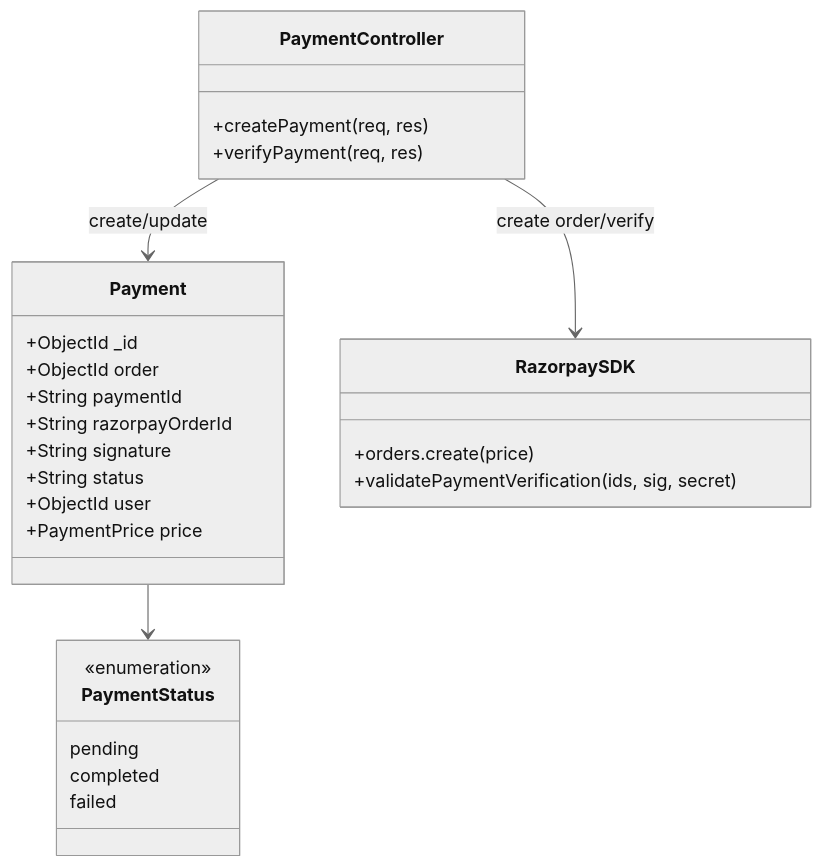
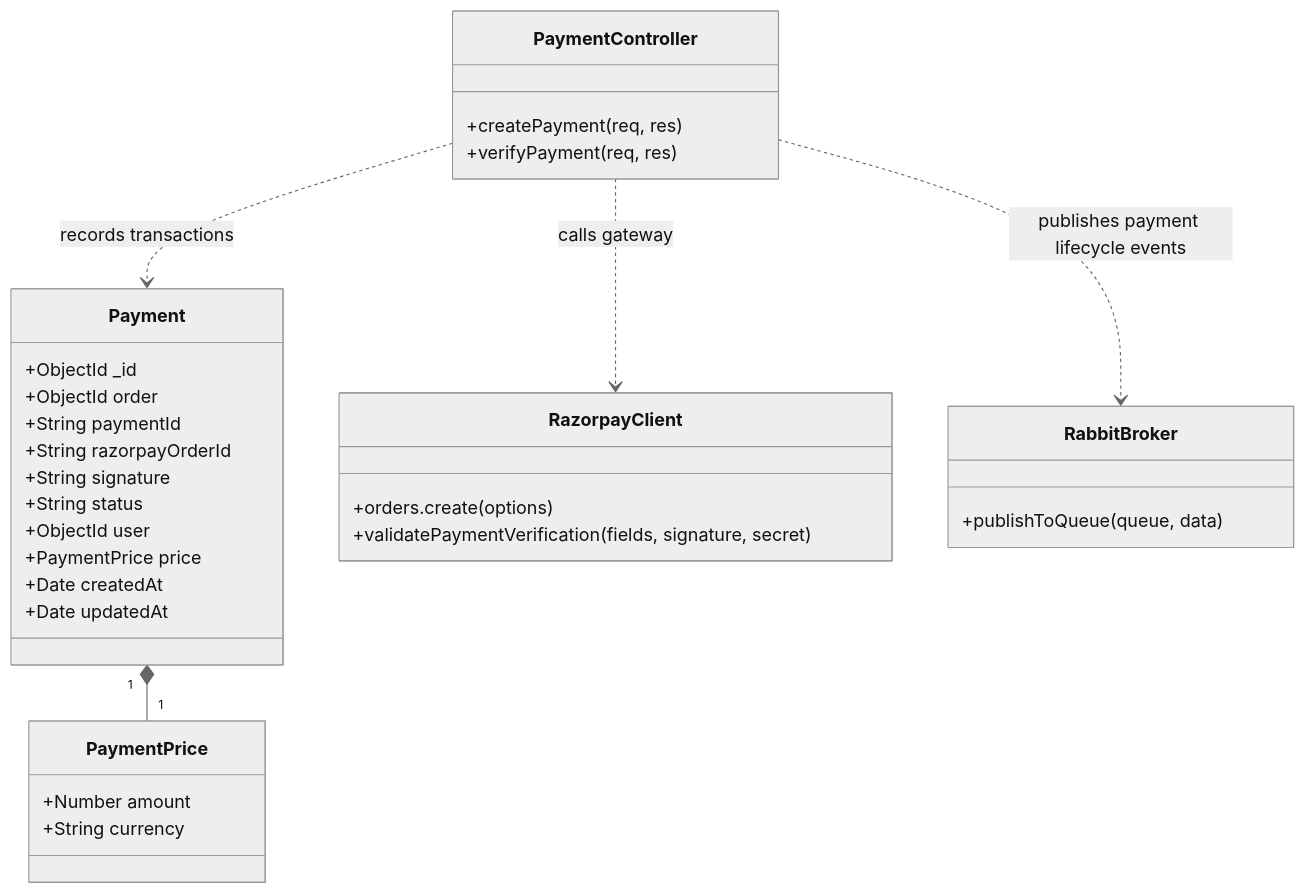
The tenth of 17 diagrams in README.md (itsam-13/Vendora), drawn with Mermaid (neutral theme) before and after one commit. The commit also changed other lines of this file, not shown here.

Commit message:
docs: update README.md with comprehensive microservices architecture and event topology

````diff
--- a/README.md
+++ b/README.md
@@ -625,30 +751,35 @@
 ```mermaid
 classDiagram
     class Payment {
         +ObjectId _id
         +ObjectId order
         +String paymentId
         +String razorpayOrderId
         +String signature
         +String status
         +ObjectId user
         +PaymentPrice price
+        +Date createdAt
+        +Date updatedAt
     }
-    class PaymentStatus {
-        <<enumeration>>
-        pending
-        completed
-        failed
+    class PaymentPrice {
+        +Number amount
+        +String currency
     }
     class PaymentController {
         +createPayment(req, res)
         +verifyPayment(req, res)
     }
-    class RazorpaySDK {
-        +orders.create(price)
-        +validatePaymentVerification(ids, sig, secret)
+    class RazorpayClient {
+        +orders.create(options)
+        +validatePaymentVerification(fields, signature, secret)
     }
-    Payment --> PaymentStatus
-    PaymentController --> Payment : create/update
-    PaymentController --> RazorpaySDK : create order/verify
+    class RabbitBroker {
+        +publishToQueue(queue, data)
+    }
+
+    Payment "1" *-- "1" PaymentPrice
+    PaymentController ..> Payment : records transactions
+    PaymentController ..> RazorpayClient : calls gateway
+    PaymentController ..> RabbitBroker : publishes payment lifecycle events
 ```
````
